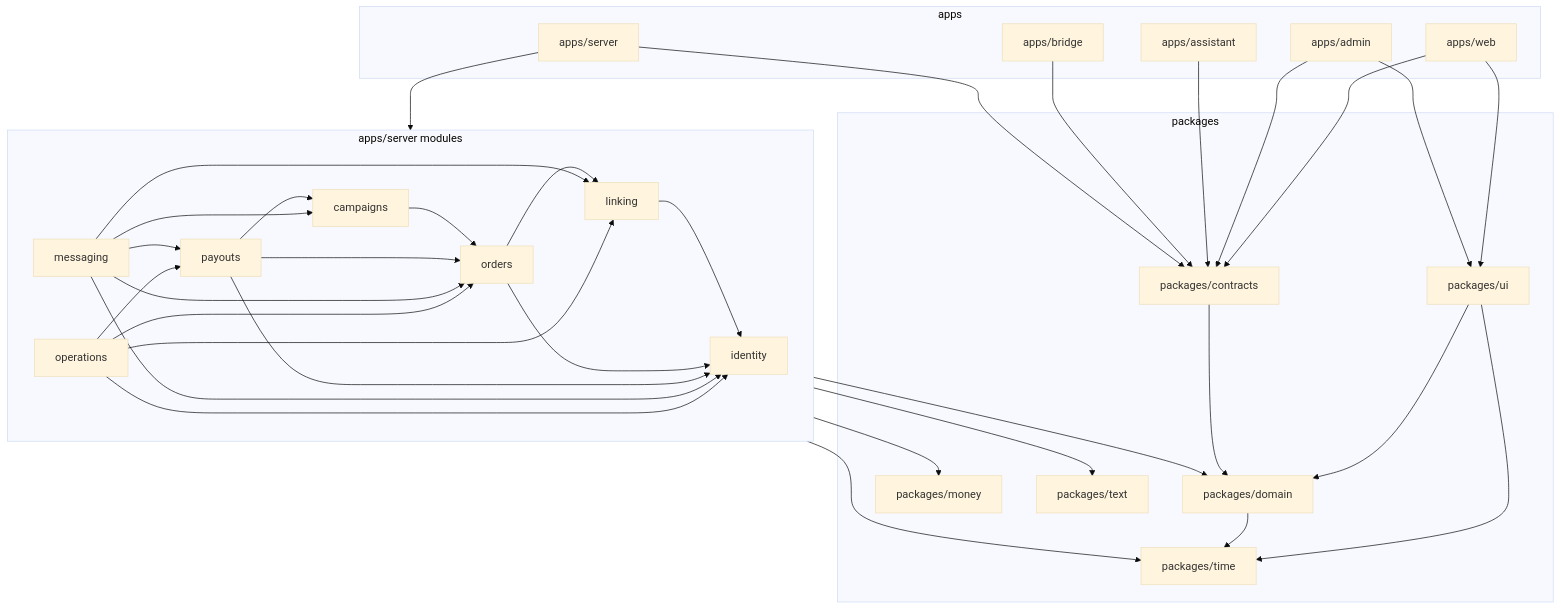
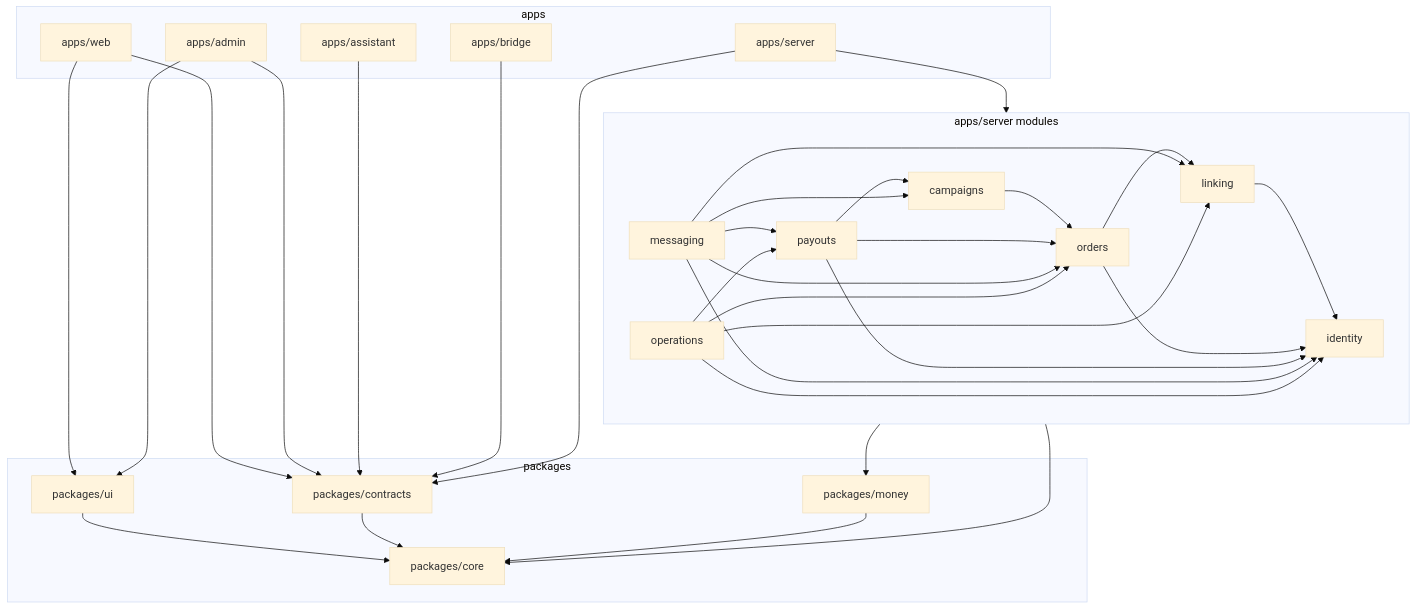
The first of 2 diagrams in _bmad-output/planning-artifacts/architecture/architecture-cashback-2026-10-30/ARCHITECTURE-SPINE.md (Duke0503/shopee-aff), drawn with Mermaid (base theme) before and after one commit. The commit also changed other lines of this file and 38 other files, not shown here.

First line of the commit message:
docs(architecture): apply the independent architecture review

````diff
--- a/_bmad-output/planning-artifacts/architecture/architecture-cashback-2026-10-30/ARCHITECTURE-SPINE.md
+++ b/_bmad-output/planning-artifacts/architecture/architecture-cashback-2026-10-30/ARCHITECTURE-SPINE.md
@@ -54,59 +60,54 @@
 ```mermaid
 flowchart TB
   subgraph apps
     web[apps/web]
     admin[apps/admin]
     assistant[apps/assistant]
     bridge[apps/bridge]
     server[apps/server]
   end
   subgraph modules[apps/server modules]
     identity
     linking
     orders
     payouts
     campaigns
     messaging
     operations
   end
   subgraph packages
     ui[packages/ui]
     contracts[packages/contracts]
-    domainpkg[packages/domain]
+    core[packages/core]
     money[packages/money]
-    time[packages/time]
-    text[packages/text]
   end
   web --> ui
   admin --> ui
   web --> contracts
   admin --> contracts
   assistant --> contracts
   bridge --> contracts
-  ui --> domainpkg
-  ui --> time
+  ui --> core
   server --> modules
   server --> contracts
   linking --> identity
   orders --> identity
   orders --> linking
   campaigns --> orders
   payouts --> orders
   payouts --> identity
   payouts --> campaigns
   messaging --> identity
   messaging --> linking
   messaging --> orders
   messaging --> payouts
   messaging --> campaigns
   operations --> identity
   operations --> linking
   operations --> orders
   operations --> payouts
-  modules --> domainpkg
+  modules --> core
   modules --> money
-  modules --> time
-  modules --> text
-  contracts --> domainpkg
-  domainpkg --> time
+  contracts --> core
+  money --> core
 ```
````
